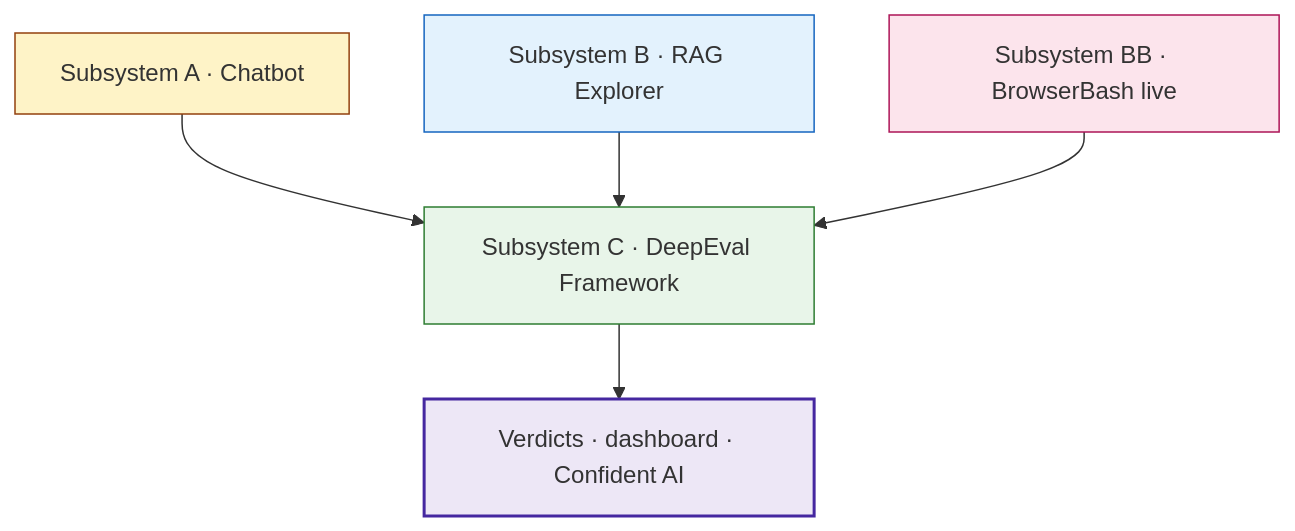
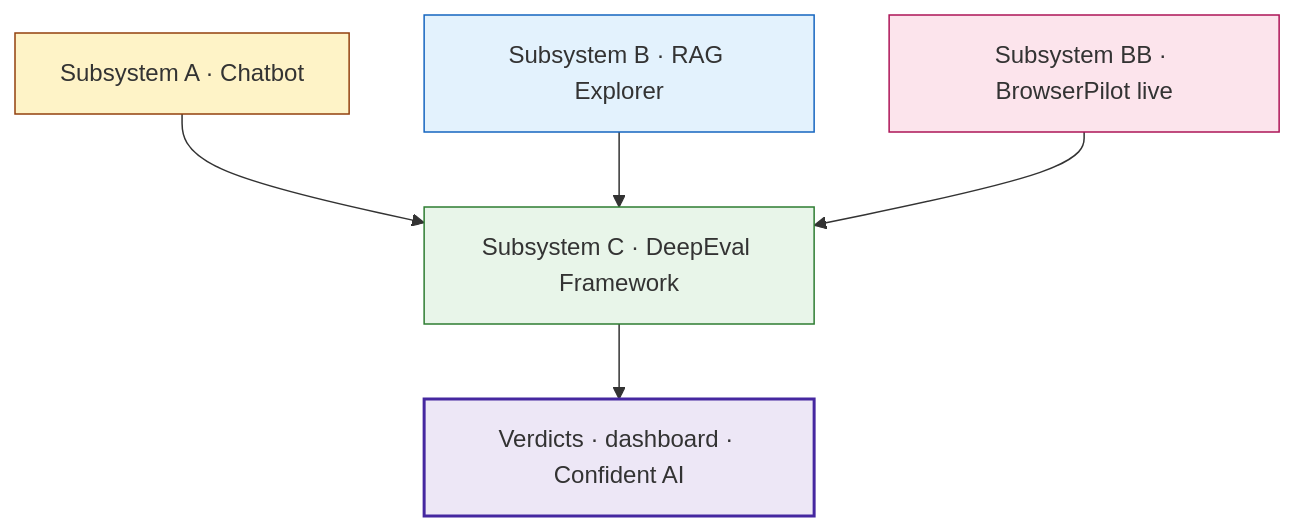
Before and after one commit to shinuailabs/ShinuAILabs-MasteryHub: the fifth of 5 diagrams in QE-AI-Track/Part_19_DeepEval_Framework/README.md, drawn with Mermaid. The commit also changed other lines of this file and 30 other files, not shown here.

Commit message:
feat: rename Browserbash→Browser Pilot, remove 90-day timeline, add GitHub Pages site

````diff
--- a/QE-AI-Track/Part_19_DeepEval_Framework/README.md
+++ b/QE-AI-Track/Part_19_DeepEval_Framework/README.md
@@ -184,13 +184,13 @@
 ```mermaid
 flowchart TD
     A[Subsystem A · Chatbot] --> C
     B[Subsystem B · RAG Explorer] --> C
-    BB[Subsystem BB · BrowserBash live] --> C
+    BB[Subsystem BB · BrowserPilot live] --> C
     C[Subsystem C · DeepEval Framework] --> OUT[Verdicts · dashboard · Confident AI]
 
     style A fill:#fef3c7,stroke:#92400e
     style B fill:#e3f2fd,stroke:#1565c0
     style BB fill:#fce4ec,stroke:#ad1457
     style C fill:#e8f5e9,stroke:#2e7d32
     style OUT fill:#ede7f6,stroke:#4527a0,stroke-width:2px
 ```
````
